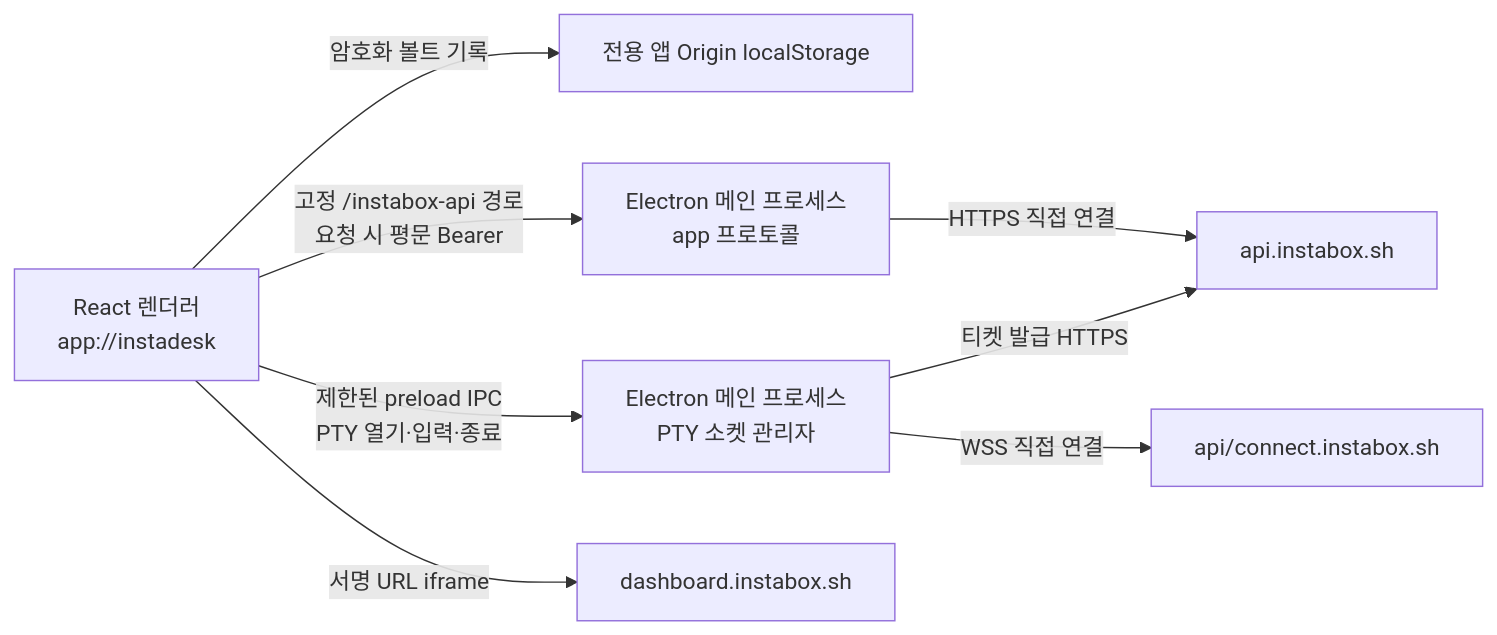
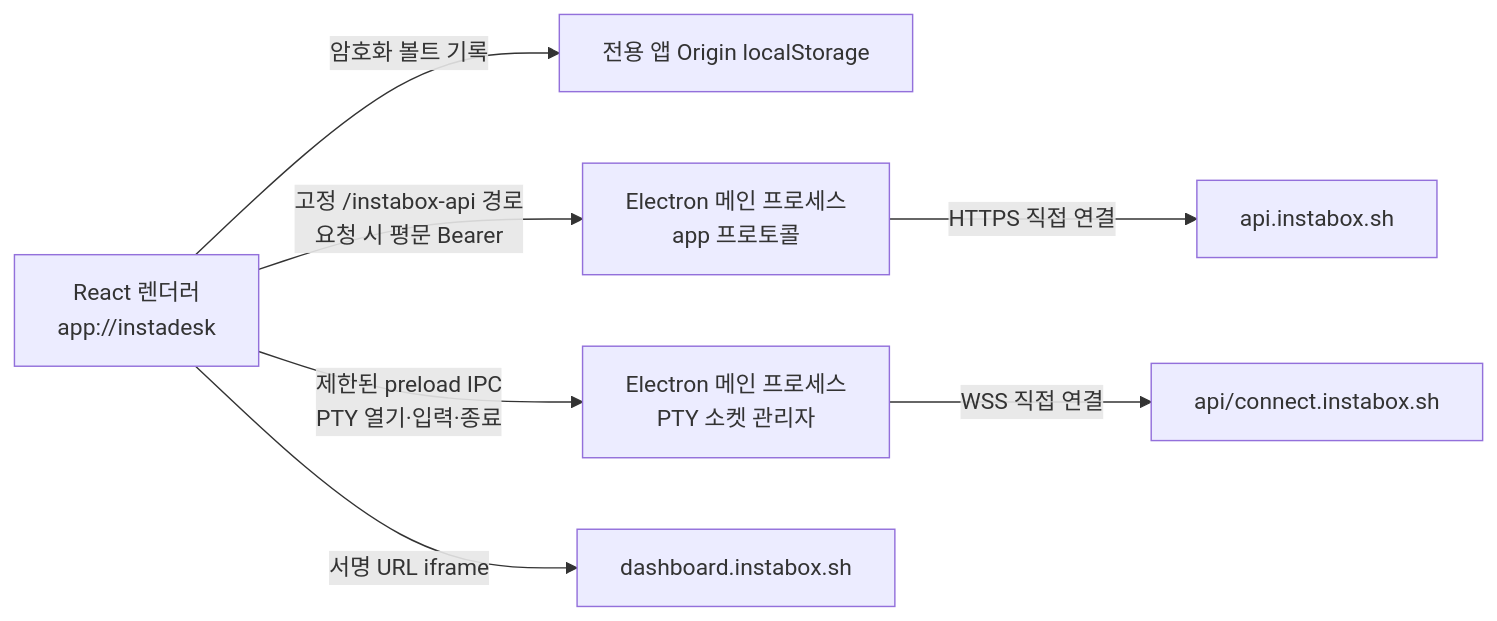
Before and after one commit to Yupkidangju/instadesk: the diagram in docs/electron/architecture.md, drawn with Mermaid. The commit also changed 15 other files, not shown here.

````diff
--- a/docs/electron/architecture.md
+++ b/docs/electron/architecture.md
@@ -7,10 +7,9 @@
 ```mermaid
 flowchart LR
   UI[React 렌더러<br/>app://instadesk] -->|암호화 볼트 기록| LS[전용 앱 Origin localStorage]
   UI -->|고정 /instabox-api 경로<br/>요청 시 평문 Bearer| P[Electron 메인 프로세스<br/>app 프로토콜]
   UI -->|제한된 preload IPC<br/>PTY 열기·입력·종료| M[Electron 메인 프로세스<br/>PTY 소켓 관리자]
   P -->|HTTPS 직접 연결| API[api.instabox.sh]
-  M -->|티켓 발급 HTTPS| API
   M -->|WSS 직접 연결| WS[api/connect.instabox.sh]
   UI -->|서명 URL iframe| DESK[dashboard.instabox.sh]
 ```
````
